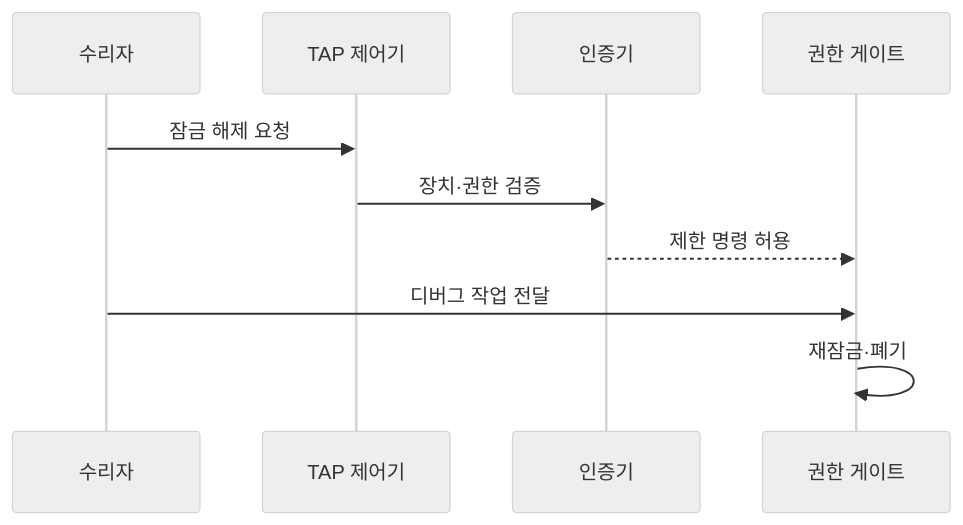
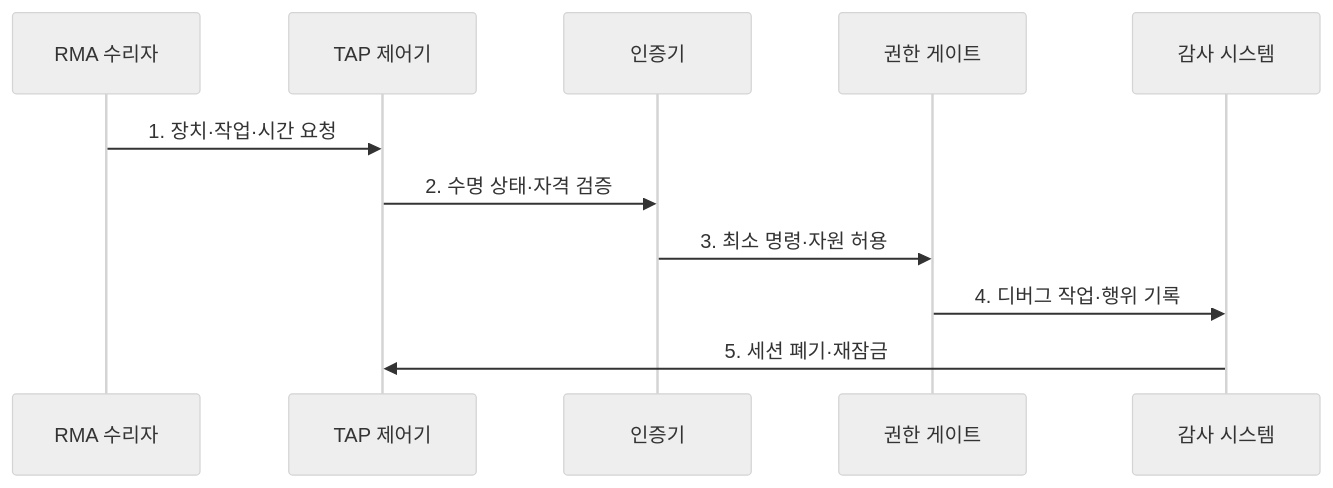
Before and after one commit to agnusdei1207/knowledge-base: the second of 2 diagrams in src/content/docs/notes/05-security/131_jtag_security.md, drawn with Mermaid (neutral theme). The commit also changed other lines of this file and 6 other files, not shown here.

````diff
--- a/src/content/docs/notes/05-security/131_jtag_security.md
+++ b/src/content/docs/notes/05-security/131_jtag_security.md
@@ -84,12 +79,13 @@
 ```mermaid
 sequenceDiagram
-    participant R as 수리자
-    participant T as TAP 제어기
-    participant A as 인증기
-    participant G as 권한 게이트
-    R->>T: 잠금 해제 요청
-    T->>A: 장치·권한 검증
-    A-->>G: 제한 명령 허용
-    R->>G: 디버그 작업 전달
-    G->>G: 재잠금·폐기
+  participant R as RMA 수리자
+  participant T as TAP 제어기
+  participant A as 인증기
+  participant G as 권한 게이트
+  participant L as 감사 시스템
+  R->>T: 1. 장치·작업·시간 요청
+  T->>A: 2. 수명 상태·자격 검증
+  A->>G: 3. 최소 명령·자원 허용
+  G->>L: 4. 디버그 작업·행위 기록
+  L->>T: 5. 세션 폐기·재잠금
 ```
````
